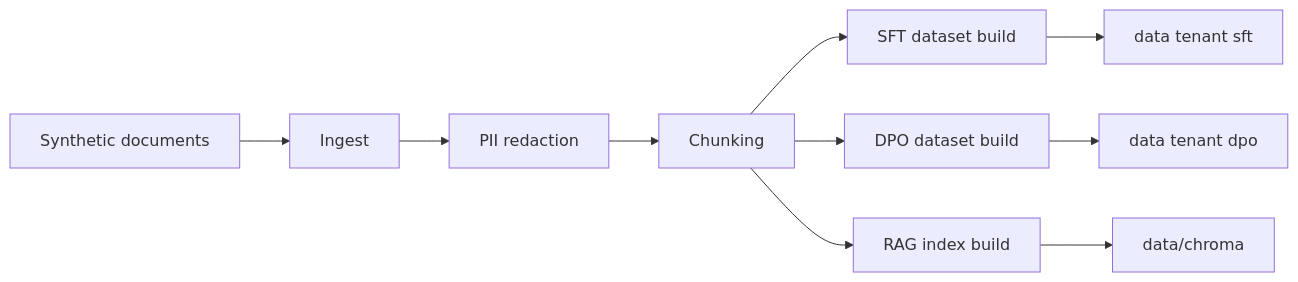
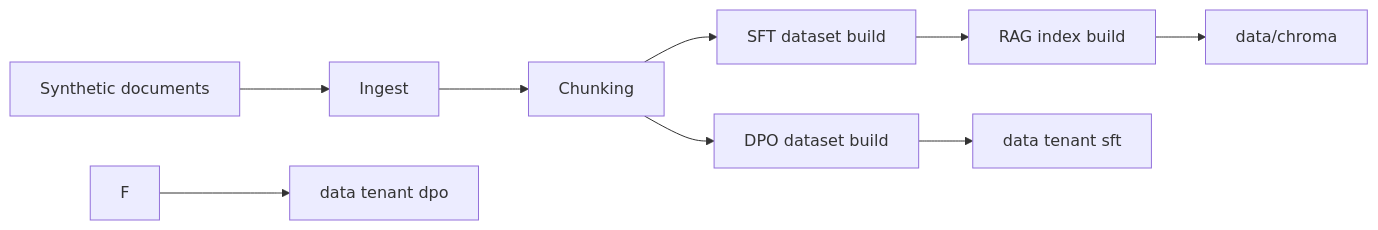
One commit to deepaucksharma/multi-tenant-LLM-platform changed the second of 5 diagrams in docs/flows.md. Above: the diagram before and after it, drawn with Mermaid. The commit also changed 457 other files, not shown here.

````diff
--- a/docs/flows.md
+++ b/docs/flows.md
@@ -45,12 +45,11 @@
 ```mermaid
 flowchart LR
     A[Synthetic documents] --> B[Ingest]
-    B --> C[PII redaction]
-    C --> D[Chunking]
-    D --> E[SFT dataset build]
-    D --> F[DPO dataset build]
+    B --> C[Chunking]
+    C --> D[SFT dataset build]
+    C --> E[DPO dataset build]
     D --> G[RAG index build]
     E --> H[data tenant sft]
     F --> I[data tenant dpo]
     G --> J[data/chroma]
 ```
````
